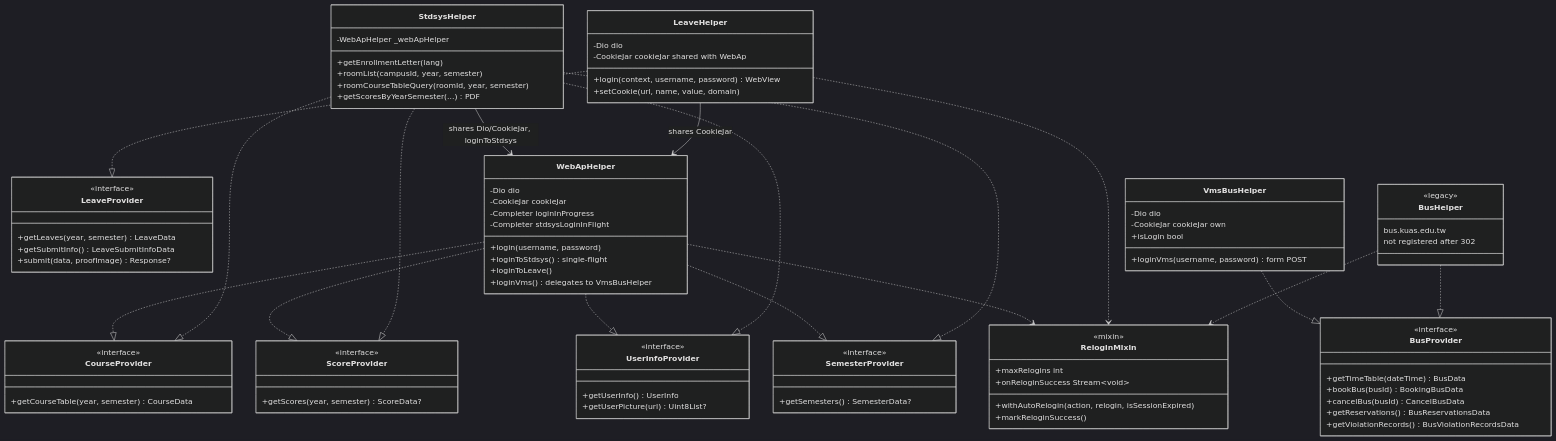
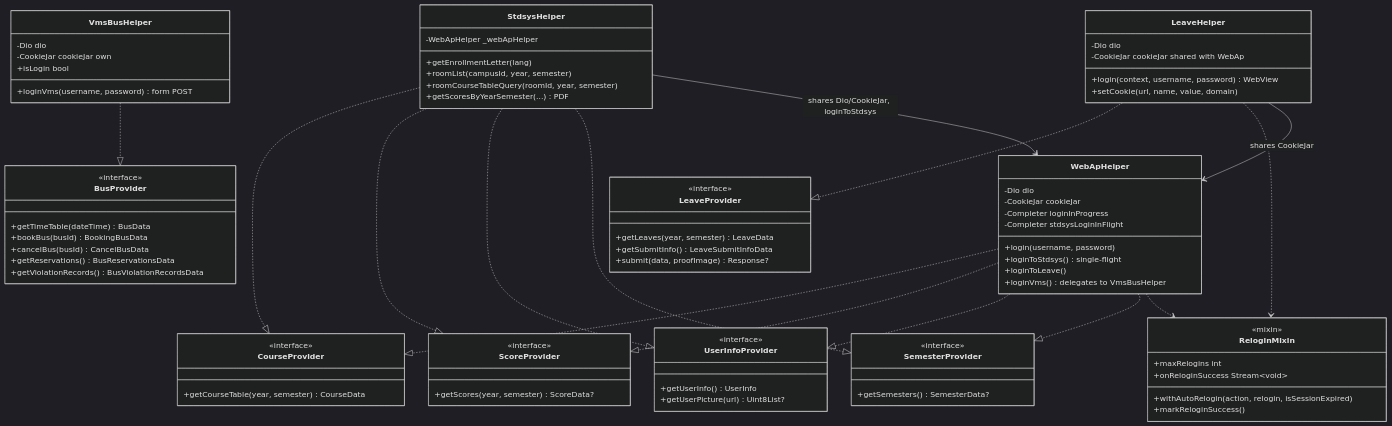
Before and after one commit to NKUST-ITC/NKUST-AP-Flutter: the second of 6 diagrams in docs/crawler-architecture.md, drawn with Mermaid (dark theme). The commit also changed other lines of this file and 13 other files, not shown here.

First line of the commit message:
chore(api): remove legacy bus.kuas.edu.tw BusHelper

````diff
--- a/docs/crawler-architecture.md
+++ b/docs/crawler-architecture.md
@@ -155,11 +151,6 @@
     +isLogin bool
     +loginVms(username, password)  form POST
   }
-  class BusHelper {
-    <<legacy>>
-    bus.kuas.edu.tw
-    not registered after 302
-  }
 
   WebApHelper ..|> CourseProvider
   WebApHelper ..|> ScoreProvider
@@ -178,7 +169,4 @@
   LeaveHelper --> WebApHelper : shares CookieJar
 
   VmsBusHelper ..|> BusProvider
-
-  BusHelper ..|> BusProvider
-  BusHelper ..> ReloginMixin
 ```
````
